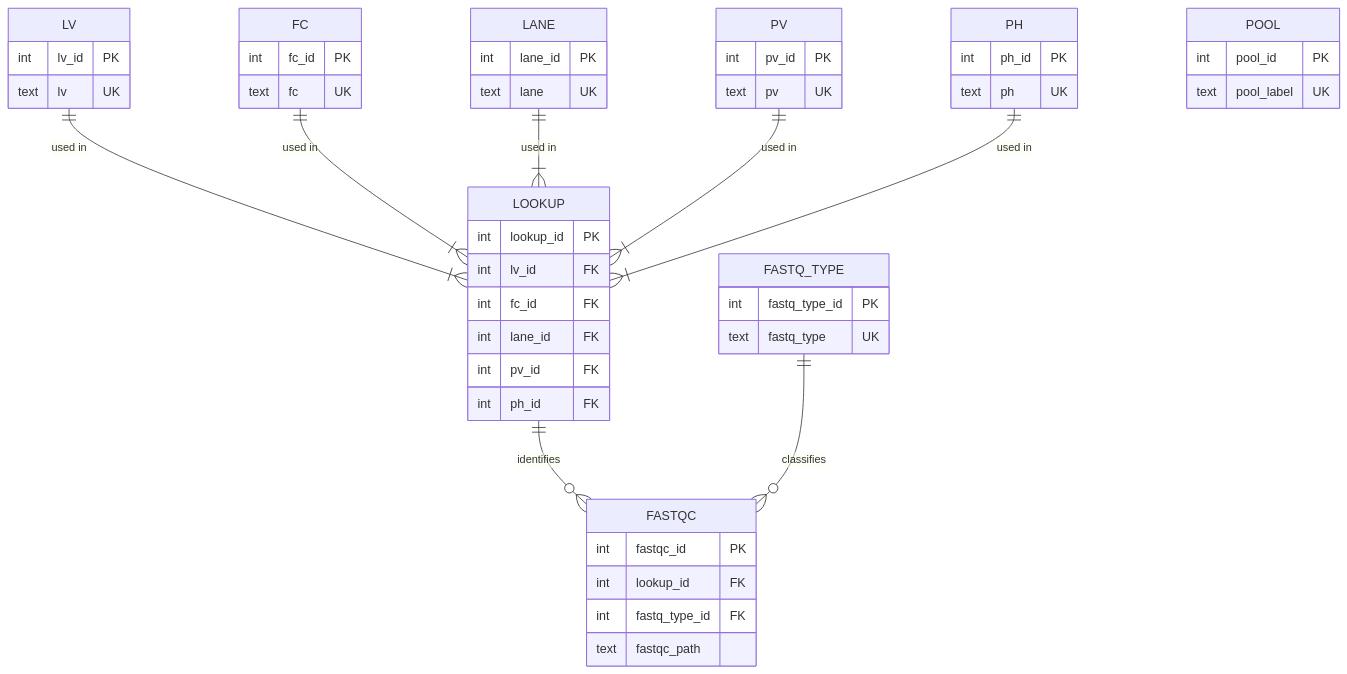
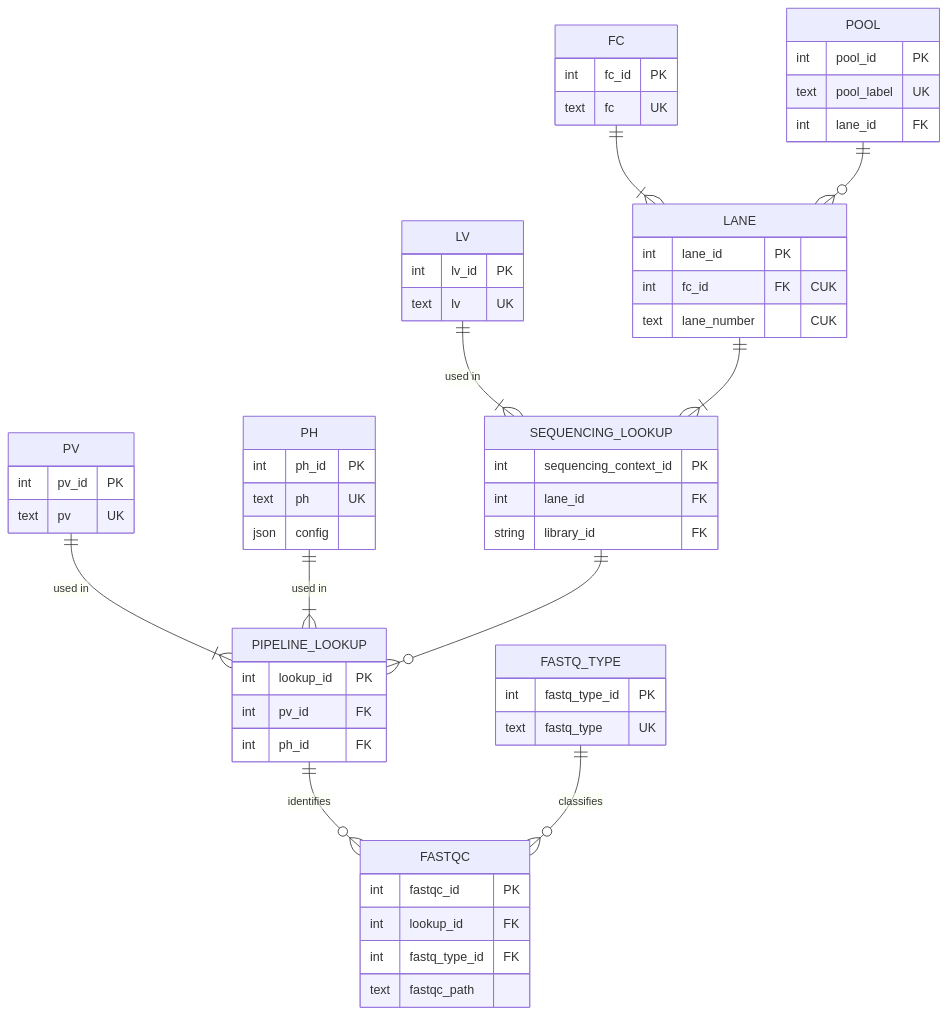
One commit to GeoGenetics/qc-parser changed the diagram in diagrams/main diagrams/partly normalized.md. Above: the diagram before and after it, drawn with Mermaid.

Commit message:
Update ER diagram with new relationships and fields
Split lookup into 2 tables and added pool.

````diff
--- a/diagrams/main diagrams/partly normalized.md
+++ b/diagrams/main diagrams/partly normalized.md
@@ -1,64 +1,75 @@
 ```mermaid
 erDiagram
-    LV ||--|{ LOOKUP : "used in"
-    FC ||--|{ LOOKUP : "used in"
-    LANE ||--|{ LOOKUP : "used in"
-    PV ||--|{ LOOKUP : "used in"
-    PH ||--|{ LOOKUP : "used in"
+    LV ||--|{ SEQUENCING_LOOKUP : "used in"
+    FC ||--|{ LANE : ""
+    LANE ||--|{ SEQUENCING_LOOKUP : ""
+    PV ||--|{ PIPELINE_LOOKUP : "used in"
+    PH ||--|{ PIPELINE_LOOKUP : "used in"
+    POOL ||--o{ LANE : ""
 
-    LOOKUP ||--o{ FASTQC : "identifies"
+    PIPELINE_LOOKUP ||--o{ FASTQC : "identifies"
     FASTQ_TYPE ||--o{ FASTQC : "classifies"
+
+    SEQUENCING_LOOKUP ||--o{ PIPELINE_LOOKUP : ""
+
     
-
     LV {
         int lv_id PK
         text lv UK
     }
 
     FC {
         int fc_id PK
         text fc UK
     }
 
     LANE {
         int lane_id PK
-        text lane UK
+        int fc_id FK "CUK"
+        text lane_number "CUK"
     }
 
     POOL {
         int pool_id PK
         text pool_label UK
+        int lane_id FK
     }
 
     PV {
         int pv_id PK
         text pv UK
     }
 
     PH {
         int ph_id PK
         text ph UK
+        json config
     }
 
-    LOOKUP {
+    SEQUENCING_LOOKUP {
+int sequencing_context_id PK
+int lane_id FK
+string library_id FK
+
+
+}
+
+    PIPELINE_LOOKUP {
         int lookup_id PK
-        int lv_id FK
-        int fc_id FK
-        int lane_id FK
         int pv_id FK
         int ph_id FK
     }
 
     FASTQ_TYPE {
         int fastq_type_id PK
         text fastq_type UK
     }
 
     FASTQC {
         int fastqc_id PK
         int lookup_id FK
         int fastq_type_id FK
         text fastqc_path
     }
 
 ```
````
